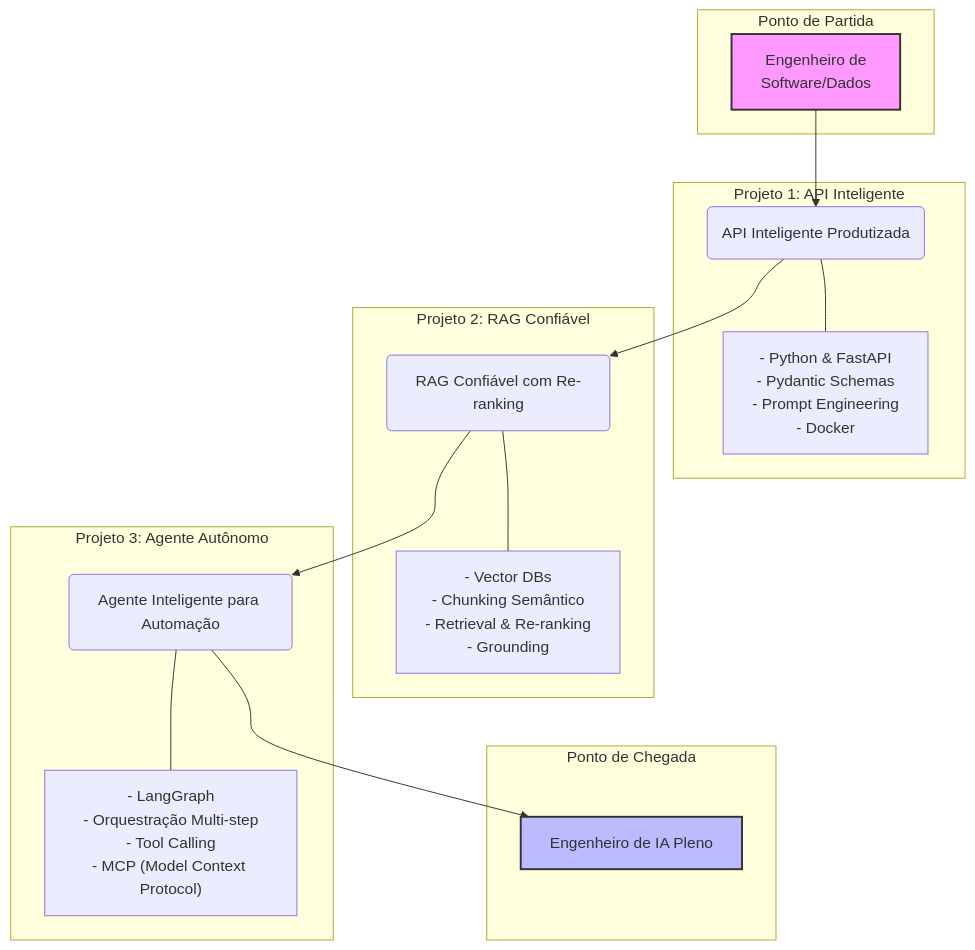
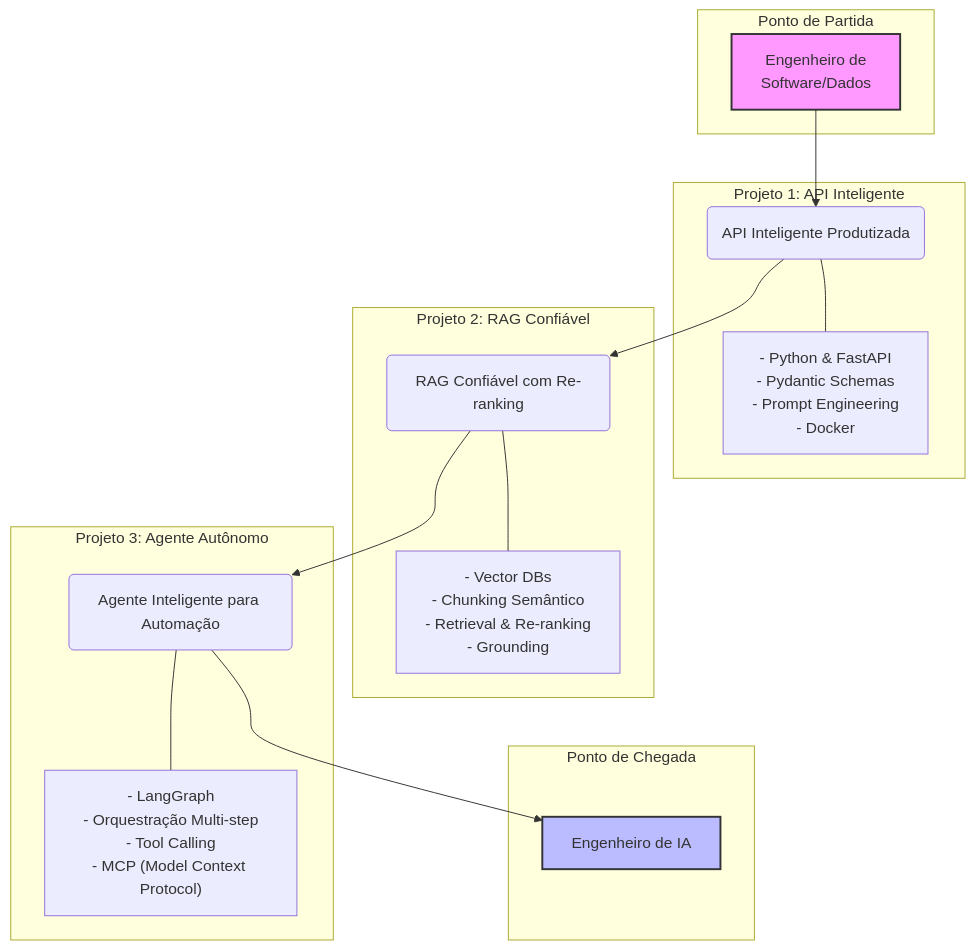
Before and after one commit to carlos-augusto-ey/development-program-ai_engineer: the diagram in README.md, drawn with Mermaid.

Commit message:
Refine project descriptions and add environment setup instructions for Compliance Checker API

````diff
--- a/README.md
+++ b/README.md
@@ -17,33 +17,33 @@
 ```mermaid
 graph TD
     subgraph "Ponto de Partida"
         A[Engenheiro de<br>Software/Dados]
     end
 
     subgraph "Projeto 1: API Inteligente"
         B(API Inteligente Produtizada)
         B_Techs["- Python & FastAPI<br>- Pydantic Schemas<br>- Prompt Engineering<br>- Docker"]
     end
 
     subgraph "Projeto 2: RAG Confiável"
         C(RAG Confiável com Re-ranking)
         C_Techs["- Vector DBs<br>- Chunking Semântico<br>- Retrieval & Re-ranking<br>- Grounding"]
     end
 
     subgraph "Projeto 3: Agente Autônomo"
         D(Agente Inteligente para Automação)
         D_Techs["- LangGraph<br>- Orquestração Multi-step<br>- Tool Calling<br>- MCP (Model Context Protocol)"]
     end
 
     subgraph "Ponto de Chegada"
-        E[Engenheiro de IA Pleno]
+        E[Engenheiro de IA]
     end
 
     A --> B --> C --> D --> E
     B --- B_Techs
     C --- C_Techs
     D --- D_Techs
 
     style A fill:#f9f,stroke:#333,stroke-width:2px
     style E fill:#bbf,stroke:#333,stroke-width:2px
 ```
````
